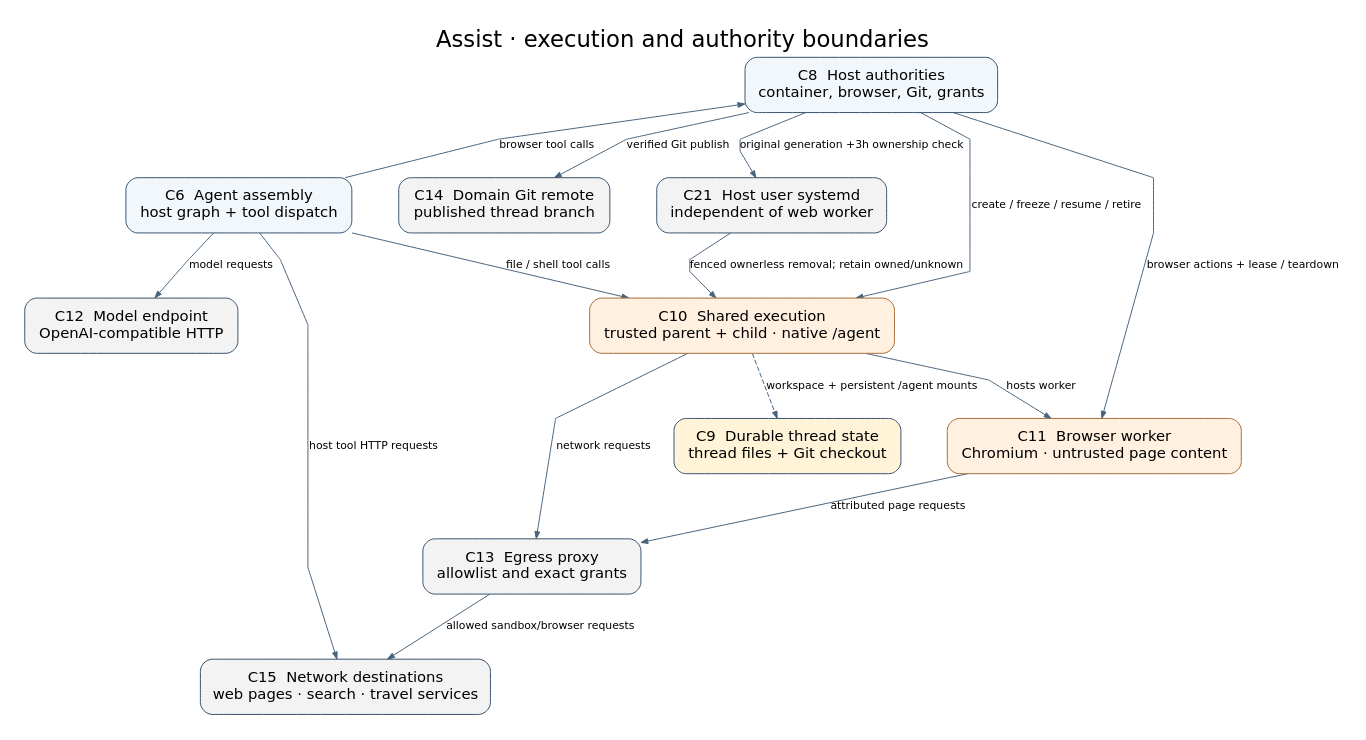
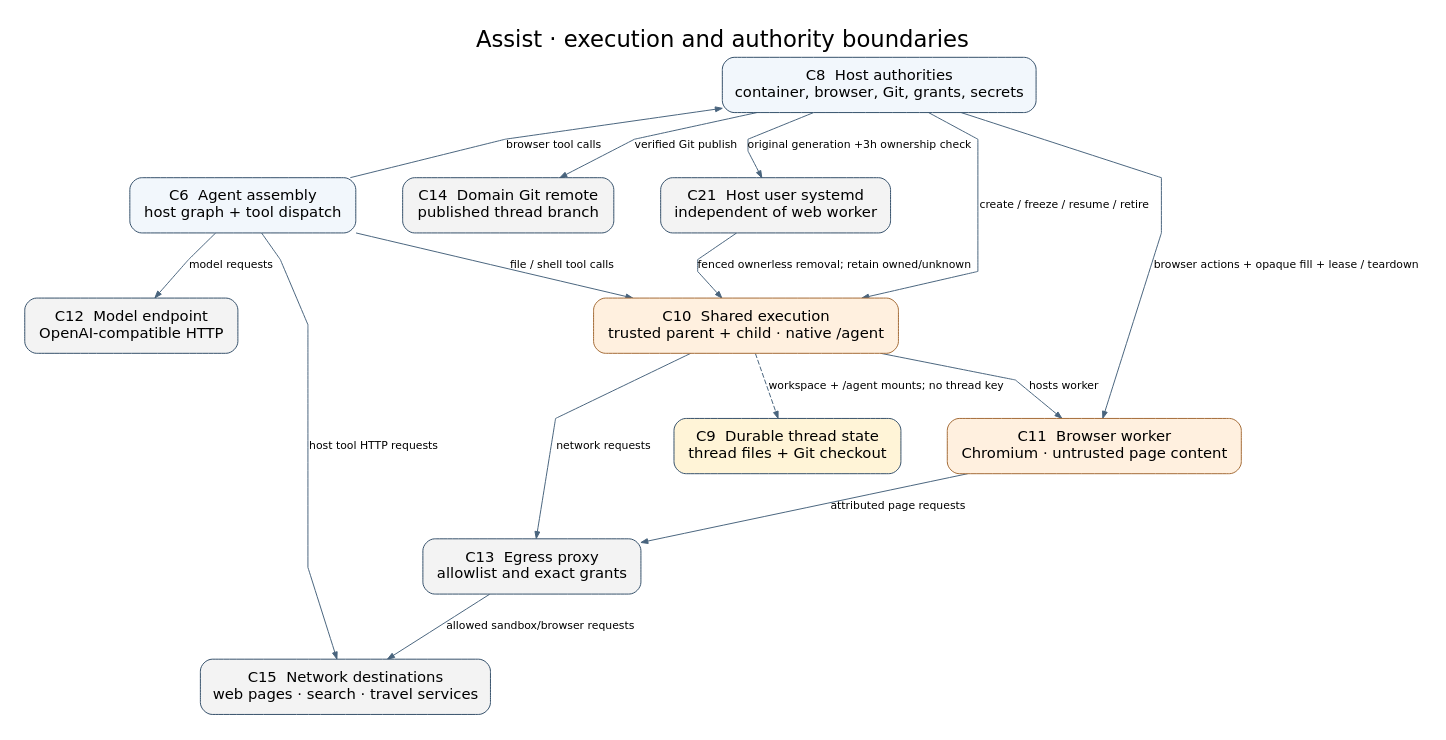
The diagram in docs/architecture-boundaries.dot (pierrel/assist), drawn with Graphviz before and after one commit. The commit also changed 13 other files, not shown here.

Commit message:
Add repo encrypted credentials and opaque browser use

```diff
--- a/docs/architecture-boundaries.dot
+++ b/docs/architecture-boundaries.dot
@@ -1,44 +1,44 @@
 digraph Boundaries {
   graph [label="Assist · execution and authority boundaries", labelloc=t,
          fontname="DejaVu Sans", fontsize=23, bgcolor="white",
          rankdir=TB, pad=0.25, nodesep=0.65, ranksep=0.75,
          splines=polyline, outputorder=edgesfirst];
   node [shape=box, style="rounded,filled", color="#34506a",
         fillcolor="#f2f7fc", fontname="DejaVu Sans", fontsize=15,
         margin="0.20,0.15"];
   edge [fontname="DejaVu Sans", fontsize=11, color="#49647d",
         arrowsize=0.7];
 
   C6 [label="C6  Agent assembly\nhost graph + tool dispatch"];
-  C8 [label="C8  Host authorities\ncontainer, browser, Git, grants"];
+  C8 [label="C8  Host authorities\ncontainer, browser, Git, grants, secrets"];
   C9 [label="C9  Durable thread state\nthread files + Git checkout",
       fillcolor="#fff4d7"];
   C10 [label="C10  Shared execution\ntrusted parent + child · native /agent",
        fillcolor="#fff0df", color="#a46b36"];
   C11 [label="C11  Browser worker\nChromium · untrusted page content",
        fillcolor="#fff0df", color="#a46b36"];
   C12 [label="C12  Model endpoint\nOpenAI-compatible HTTP",
        fillcolor="#f3f3f3"];
   C13 [label="C13  Egress proxy\nallowlist and exact grants",
        fillcolor="#f3f3f3"];
   C14 [label="C14  Domain Git remote\npublished thread branch",
        fillcolor="#f3f3f3"];
   C15 [label="C15  Network destinations\nweb pages · search · travel services",
        fillcolor="#f3f3f3"];
   C21 [label="C21  Host user systemd\nindependent of web worker", fillcolor="#f3f3f3"];
 
   C6 -> C10 [label="file / shell tool calls"];
   C6 -> C8 [label="browser tool calls", constraint=false];
   C6 -> C12 [label="model requests"];
   C6 -> C15 [label="host tool HTTP requests"];
   C8 -> C10 [label="create / freeze / resume / retire"];
   C8 -> C21 [label="original generation +3h ownership check"];
   C21 -> C10 [label="fenced ownerless removal; retain owned/unknown"];
-  C8 -> C11 [label="browser actions + lease / teardown"];
+  C8 -> C11 [label="browser actions + opaque fill + lease / teardown"];
   C8 -> C14 [label="verified Git publish"];
   C10 -> C11 [label="hosts worker"];
   C10 -> C13 [label="network requests"];
   C11 -> C13 [label="attributed page requests"];
   C13 -> C15 [label="allowed sandbox/browser requests"];
-  C10 -> C9 [label="workspace + persistent /agent mounts", style=dashed];
+  C10 -> C9 [label="workspace + /agent mounts; no thread key", style=dashed];
 }
```
